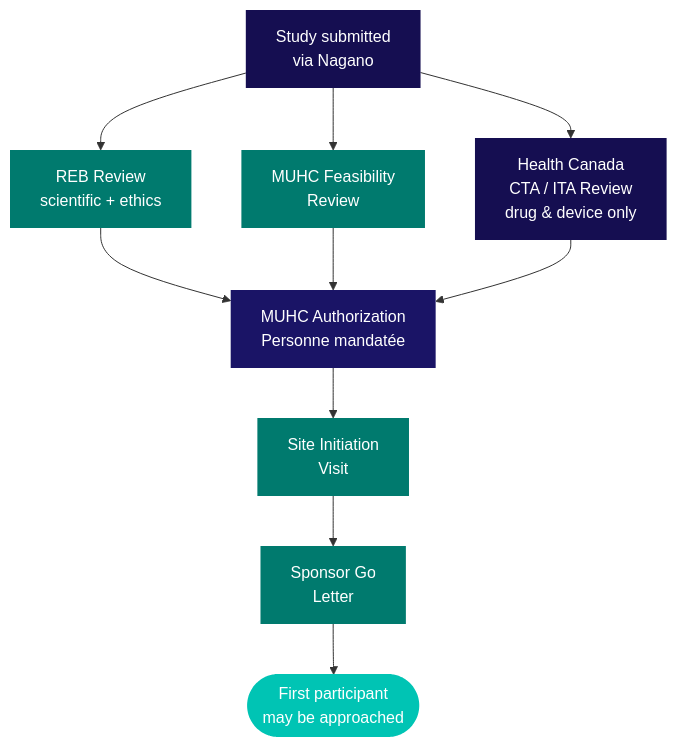
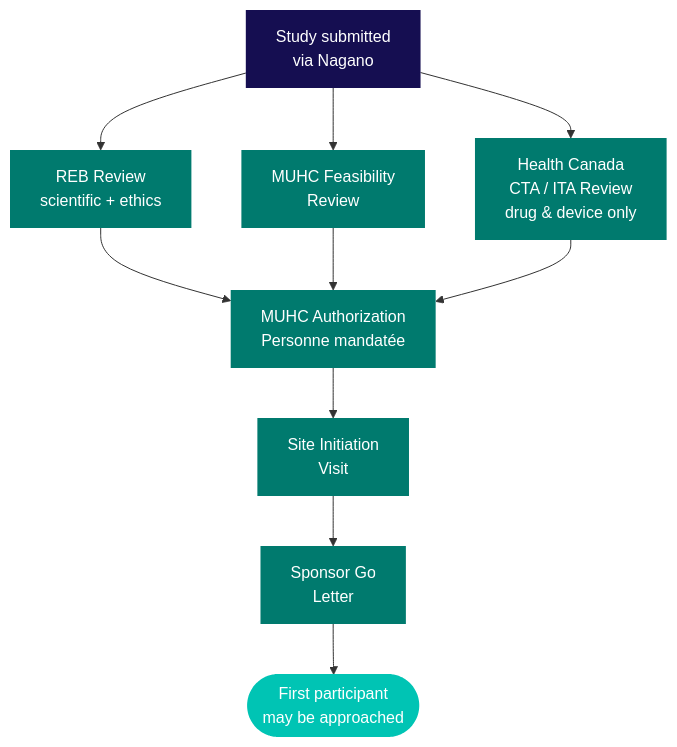
The diagram in kb/conduct/site-setup.mdx (matthewfiorentino/docs), drawn with Mermaid before and after one commit. The commit also changed 14 other files, not shown here.

````diff
--- a/kb/conduct/site-setup.mdx
+++ b/kb/conduct/site-setup.mdx
@@ -10,25 +10,25 @@
 ```mermaid
 flowchart TD
     SUB[Study submitted\nvia Nagano]
 
     SUB --> REB[REB Review\nscientific + ethics]
     SUB --> MUHCF[MUHC Feasibility\nReview]
     SUB --> HC[Health Canada\nCTA / ITA Review\ndrug & device only]
 
     REB --> AUTH[MUHC Authorization\nPersonne mandatée]
     MUHCF --> AUTH
     HC --> AUTH
 
     AUTH --> SIV[Site Initiation\nVisit]
     SIV --> GO[Sponsor Go\nLetter]
     GO --> FP([First participant\nmay be approached])
 
     style SUB fill:#150e51,color:#fff,stroke:none
-    style HC  fill:#150e51,color:#fff,stroke:none
+    style HC  fill:#007a6e,color:#fff,stroke:none
     style REB fill:#007a6e,color:#fff,stroke:none
     style MUHCF fill:#007a6e,color:#fff,stroke:none
-    style AUTH fill:#1a1466,color:#fff,stroke:none
+    style AUTH fill:#007a6e,color:#fff,stroke:none
     style SIV  fill:#007a6e,color:#fff,stroke:none
     style GO   fill:#007a6e,color:#fff,stroke:none
     style FP   fill:#00c4b4,color:#fff,stroke:none
 ```
````
